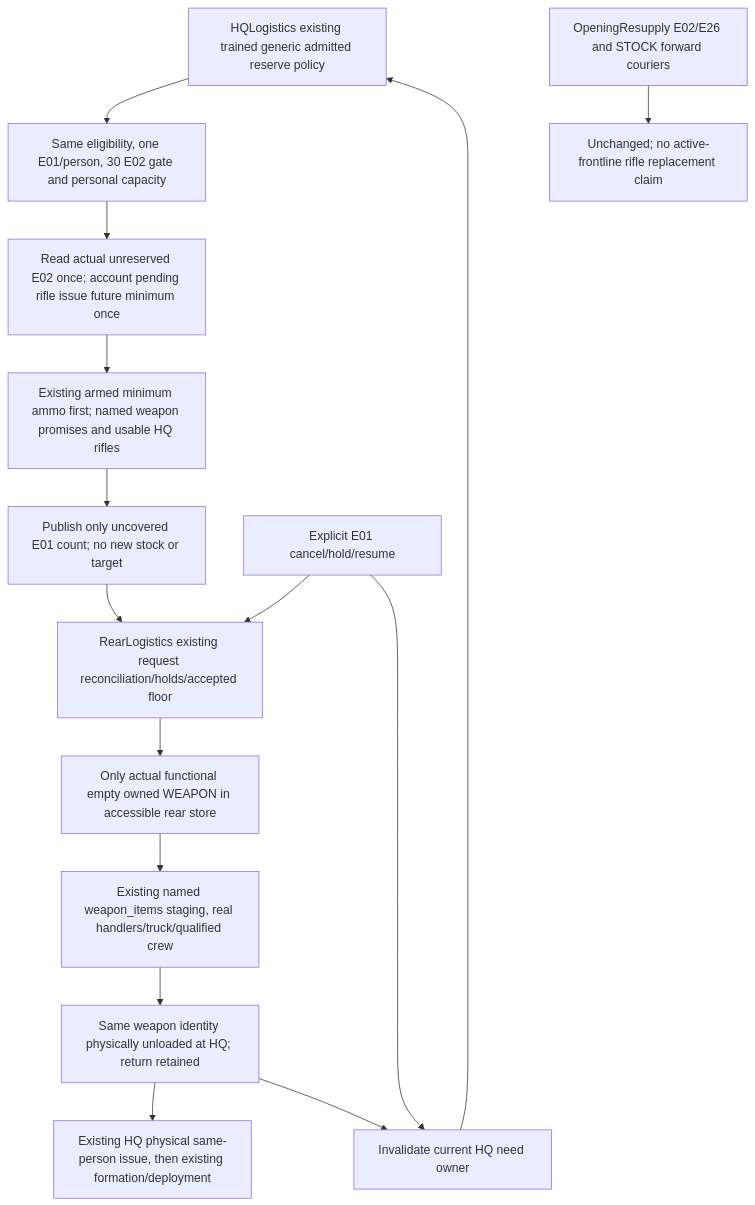
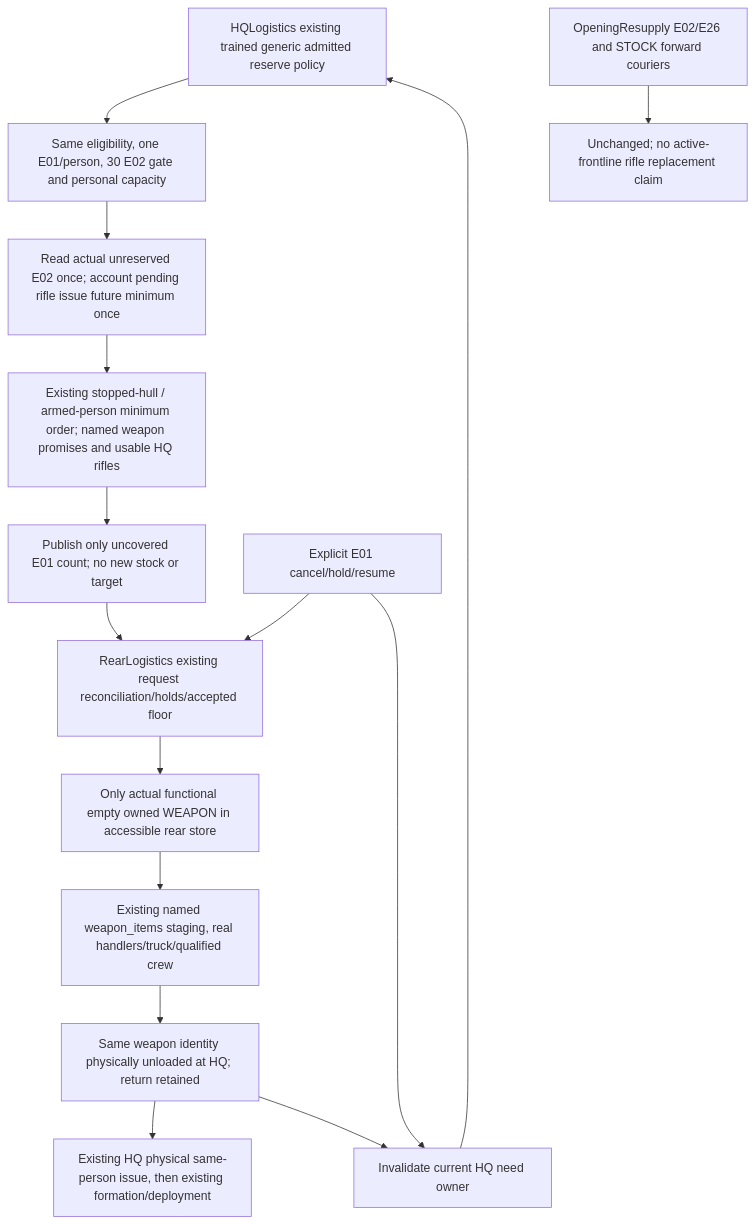
One commit to TheInfinityIQ/Trencho_V4 changed the diagram in docs/diagrams/automatic_rifle_supply.mmd. Above: the diagram before and after it, drawn with Mermaid. The commit also changed 9 other files, not shown here.

```diff
--- a/docs/diagrams/automatic_rifle_supply.mmd
+++ b/docs/diagrams/automatic_rifle_supply.mmd
@@ -1,15 +1,15 @@
 flowchart TD
   HQ[HQLogistics existing trained generic admitted reserve policy] --> Gate[Same eligibility, one E01/person, 30 E02 gate and personal capacity]
   Gate --> Budget[Read actual unreserved E02 once; account pending rifle issue future minimum once]
-  Budget --> Cover[Existing armed minimum ammo first; named weapon promises and usable HQ rifles]
+  Budget --> Cover[Existing stopped-hull / armed-person minimum order; named weapon promises and usable HQ rifles]
   Cover --> Need[Publish only uncovered E01 count; no new stock or target]
   Need --> Rear[RearLogistics existing request reconciliation/holds/accepted floor]
   Rear --> Source[Only actual functional empty owned WEAPON in accessible rear store]
   Source --> Dispatch[Existing named weapon_items staging, real handlers/truck/qualified crew]
   Dispatch --> Receipt[Same weapon identity physically unloaded at HQ; return retained]
   Receipt --> Issue[Existing HQ physical same-person issue, then existing formation/deployment]
   Receipt --> Refresh[Invalidate current HQ need owner]
   Refresh --> HQ
   Hold[Explicit E01 cancel/hold/resume] --> Rear
   Hold --> Refresh
   Separate[OpeningResupply E02/E26 and STOCK forward couriers] --> Unchanged[Unchanged; no active-frontline rifle replacement claim]
```
